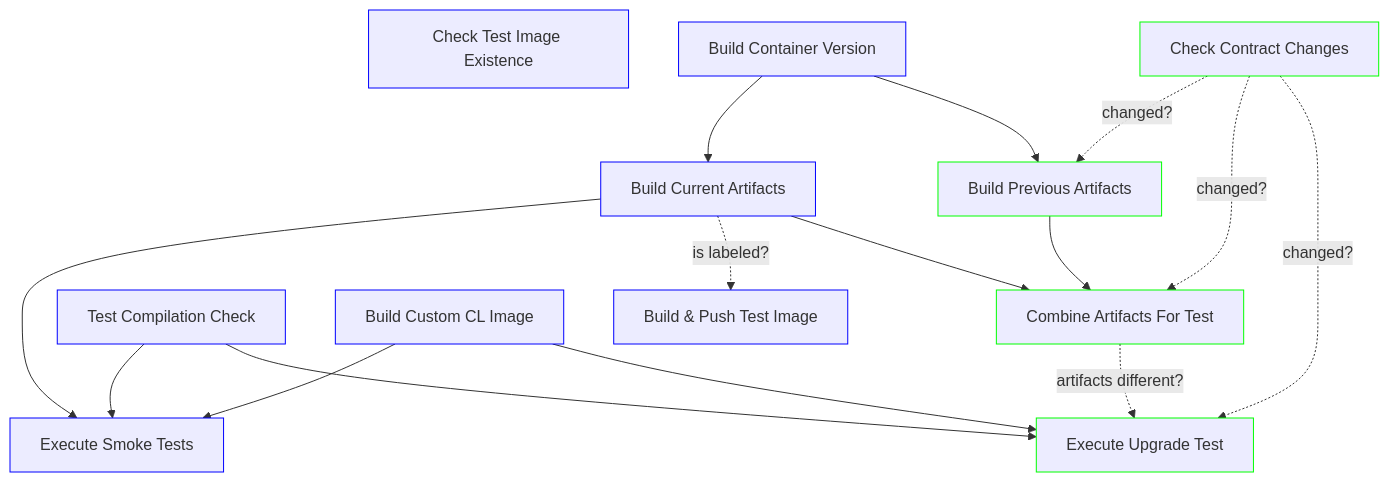
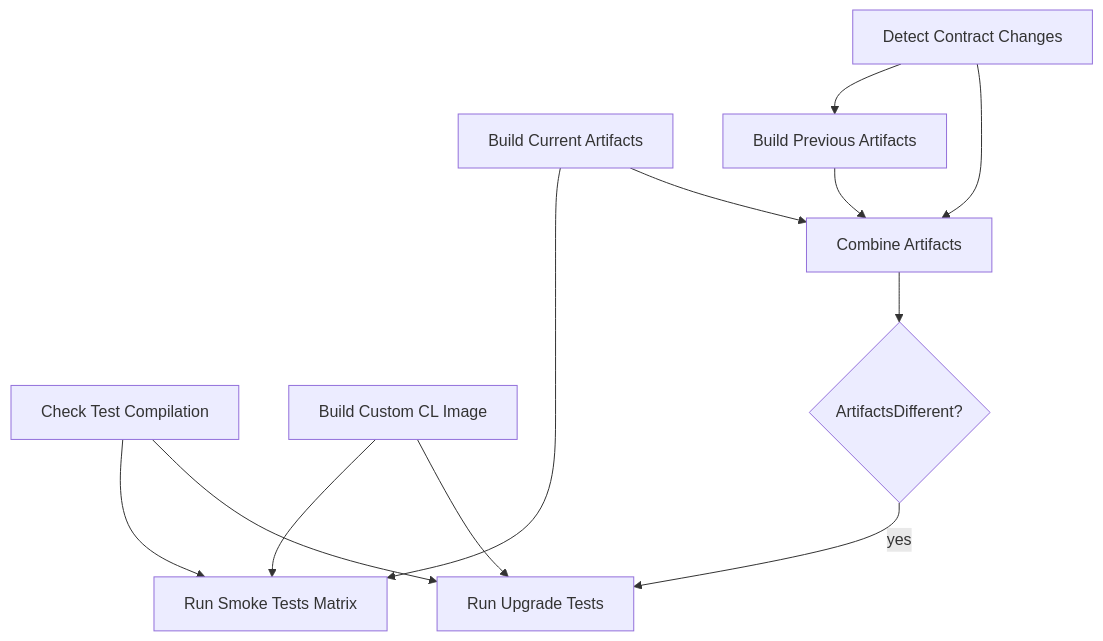
Before and after one commit to smartcontractkit/chainlink-solana: the diagram in integration-tests/README.md, drawn with Mermaid. The commit also changed other lines of this file and 1 other file, not shown here.

````diff
--- a/integration-tests/README.md
+++ b/integration-tests/README.md
@@ -15,36 +15,26 @@
 ```mermaid
 flowchart TD
-    
-    classDef base stroke:#00f
-    testimage[Check Test Image Existence]
-    buildver[Build Container Version]
-    smoketest[Execute Smoke Tests]
-    currentartifacts[Build Current Artifacts]
-    buildtestimage[Build & Push Test Image]
-    compcheck[Test Compilation Check]
-    climage[Build Custom CL Image]
-    class compcheck,buildver,climage,testimage,currentartifacts,smoketest,buildtestimage base
+    compcheck[Check Test Compilation]
+    buildArtifacts[Build Current Artifacts]
+    buildCLImage[Build Custom CL Image]
+    smokeMatrix[Run Smoke Tests Matrix]
 
-    compcheck --> smoketest
-    buildver --> currentartifacts
-    currentartifacts --> smoketest
-    climage --> smoketest
-    currentartifacts .->|is labeled?| buildtestimage
+    contractChanges[Detect Contract Changes]
+    buildPrevArtifacts[Build Previous Artifacts]
+    combineArtifacts[Combine Artifacts]
+    artifactsDiff{ArtifactsDifferent?}
+    upgradeTests[Run Upgrade Tests]
 
-    classDef upgrade stroke:#0f0
-    changecheck[Check Contract Changes]
-    prevartifacts[Build Previous Artifacts]
-    combineartifacts[Combine Artifacts For Test]
-    upgradetest[Execute Upgrade Test]
-    class changecheck,prevartifacts,combineartifacts,upgradetest upgrade
+    compcheck --> smokeMatrix
+    buildArtifacts --> smokeMatrix
+    buildCLImage --> smokeMatrix
 
-    changecheck .->|changed?| prevartifacts
-    changecheck .->|changed?| combineartifacts
-    changecheck .->|changed?| upgradetest
-    buildver --> prevartifacts
-    prevartifacts --> combineartifacts
-    currentartifacts --> combineartifacts
-    combineartifacts .->|artifacts different?| upgradetest
-    climage --> upgradetest
-    compcheck --> upgradetest
+    contractChanges --> buildPrevArtifacts
+    contractChanges --> combineArtifacts
+    buildArtifacts --> combineArtifacts
+    buildPrevArtifacts --> combineArtifacts
+    combineArtifacts --> artifactsDiff
+    artifactsDiff -->|yes| upgradeTests
+    buildCLImage --> upgradeTests
+    compcheck --> upgradeTests
 ```
````
